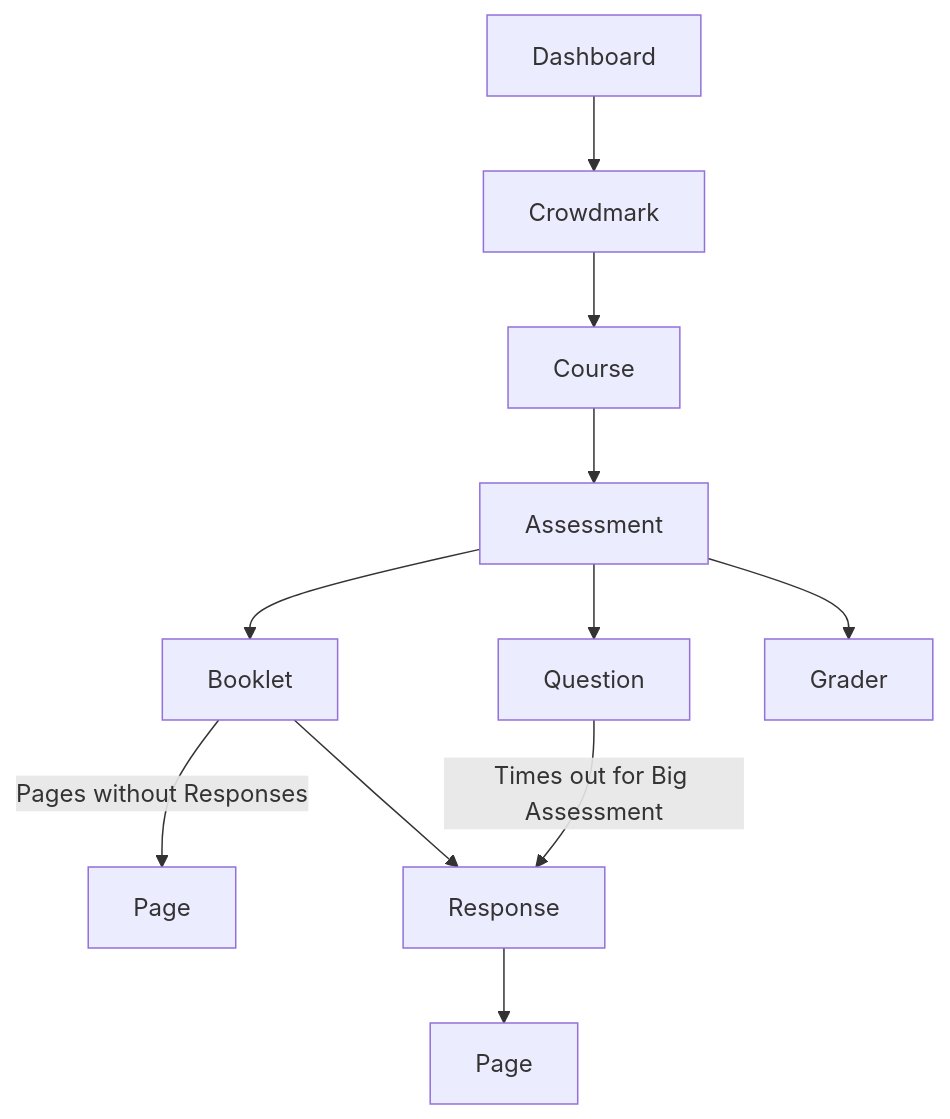
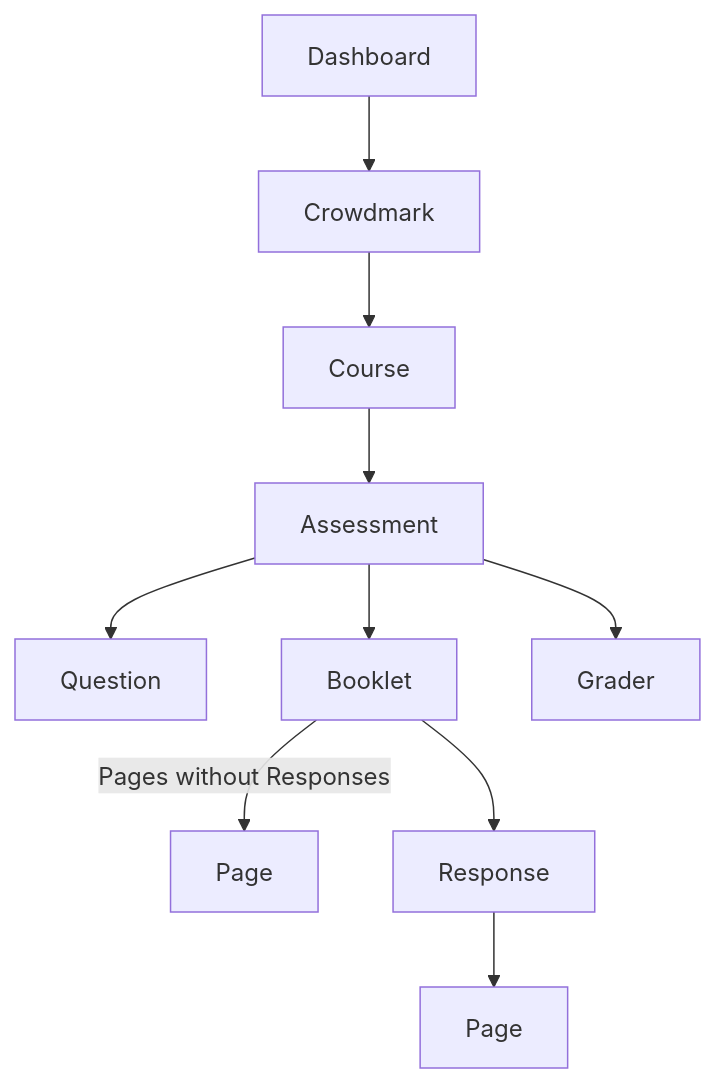
One commit to waterloobae/CrowdmarkDashboard changed the second of 2 diagrams in README.md. Above: the diagram before and after it, drawn with Mermaid.

````diff
--- a/README.md
+++ b/README.md
@@ -67,21 +67,21 @@
 ```mermaid
 graph TD
     n1["Dashboard"] --> n2["Crowdmark<br>"]
     n2 --> n3["Course"]
     n3 --> n4["Assessment"]
 
     %% Reordering Question, Booklet, and Grader under Assessment
     n4 --> n5["Question"]
     n4 --> n6["Booklet"]
     n4 --> n7["Grader"]
 
     %% Booklet connections
     n6 -- Pages without Responses --> n10["Page"]
     n6 --> n8["Response"]
 
     %% Response connections
     n8 --> n9["Page"]
 
     %% Question to Response
-    n5 -- Times out for Big Assessment --> n8
+    %% n5 -- Times out for Big Assessment --> n8
 ```
````
